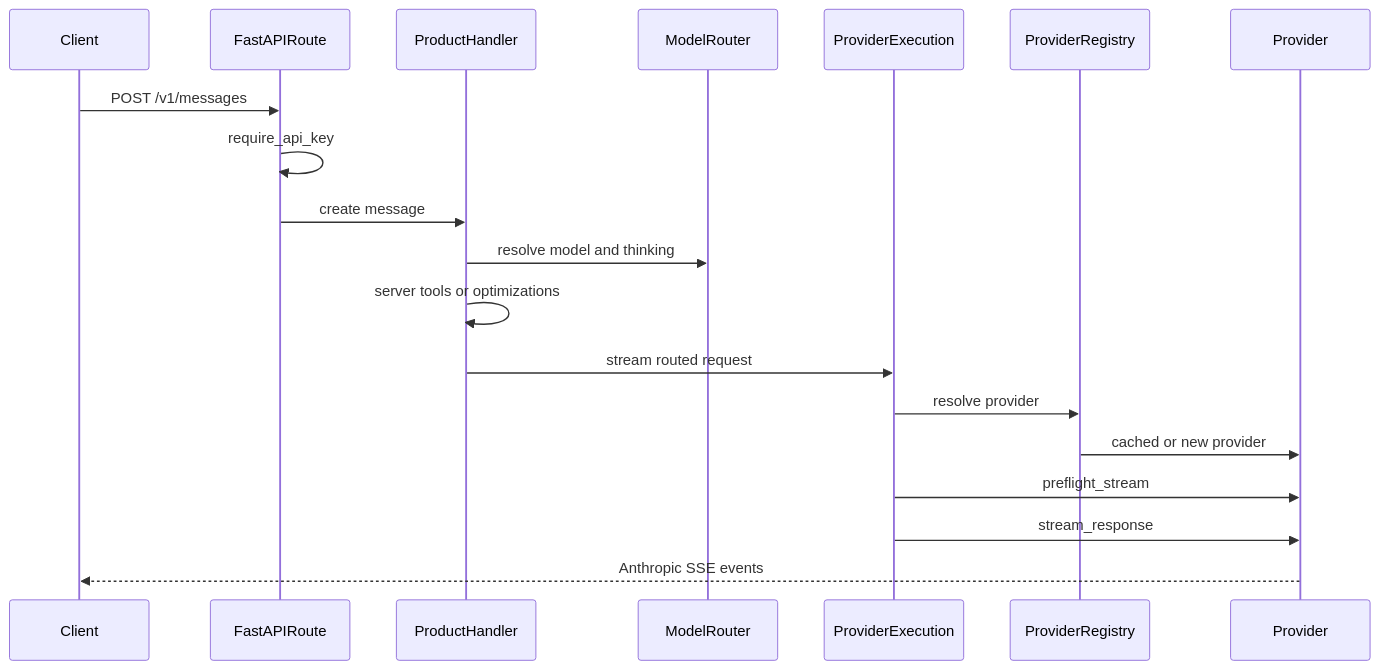
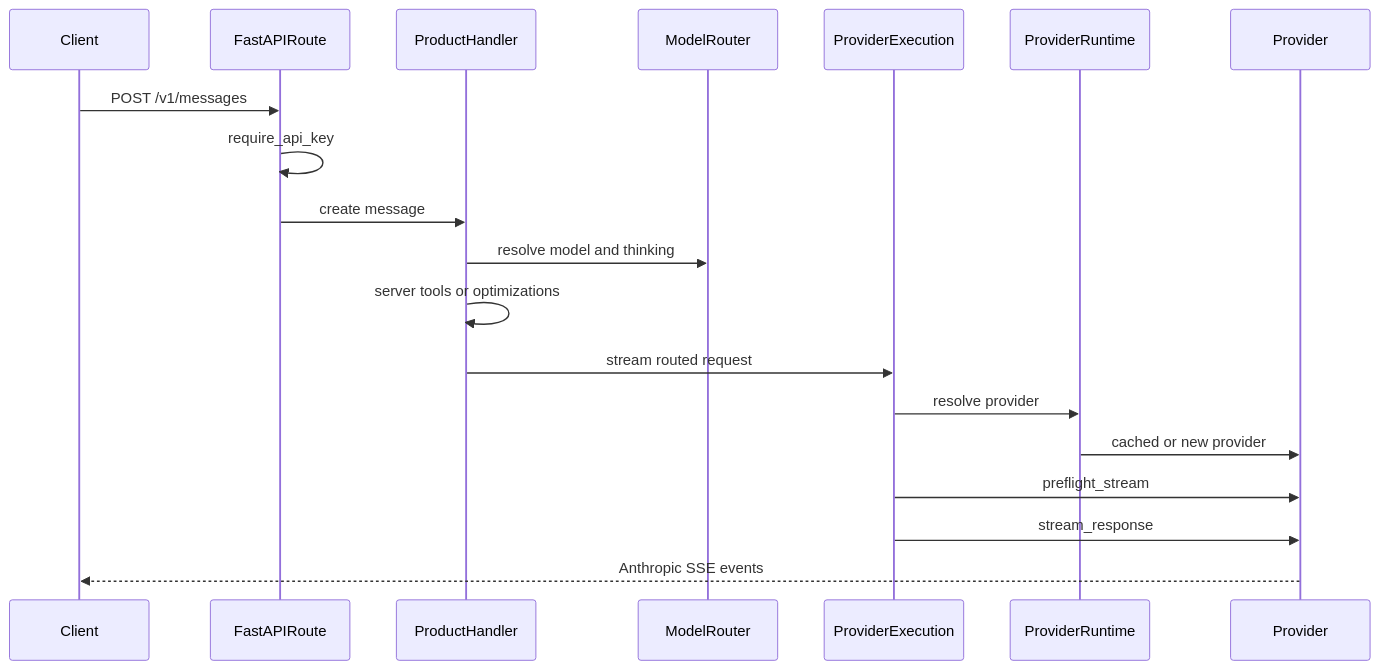
One commit to shinmentakezo07/shin07 changed the second of 3 diagrams in ARCHITECTURE.md. Above: the diagram before and after it, drawn with Mermaid. The commit also changed other lines of this file and 29 other files, not shown here.

First line of the commit message:
Refactor provider runtime ownership (#925)

````diff
--- a/ARCHITECTURE.md
+++ b/ARCHITECTURE.md
@@ -237,22 +237,22 @@
 ```mermaid
 sequenceDiagram
     participant Client
     participant Route as FastAPIRoute
     participant Handler as ProductHandler
     participant Router as ModelRouter
     participant Exec as ProviderExecution
-    participant Registry as ProviderRegistry
+    participant Runtime as ProviderRuntime
     participant Provider
 
     Client->>Route: POST /v1/messages
     Route->>Route: require_api_key
     Route->>Handler: create message
     Handler->>Router: resolve model and thinking
     Handler->>Handler: server tools or optimizations
     Handler->>Exec: stream routed request
-    Exec->>Registry: resolve provider
-    Registry->>Provider: cached or new provider
+    Exec->>Runtime: resolve provider
+    Runtime->>Provider: cached or new provider
     Exec->>Provider: preflight_stream
     Exec->>Provider: stream_response
     Provider-->>Client: Anthropic SSE events
 ```
````
